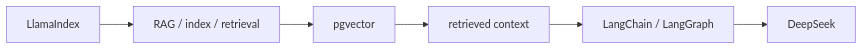
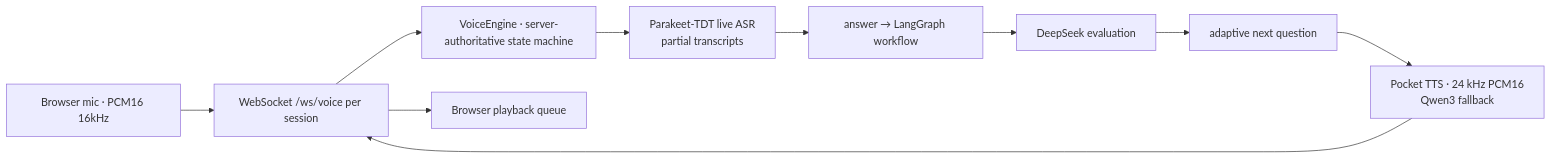
The second of 3 diagrams in README.md (areddy1805/pramya), drawn with Mermaid before and after one commit. The commit also changed other lines of this file and 6 other files, not shown here.

First line of the commit message:
docs: finalize v1.0 documentation, changelog, and architecture polish

````diff
--- a/README.md
+++ b/README.md
@@ -208,8 +339,11 @@
 ```mermaid
 flowchart LR
-    LI[LlamaIndex] --> RAG[RAG / index / retrieval]
-    RAG --> PG[pgvector]
-    PG --> CTX[retrieved context]
-    CTX --> CH[LangChain / LangGraph]
-    CH --> DS[DeepSeek]
+    MIC[Browser mic · PCM16 16kHz] --> WS[WebSocket /ws/voice per session]
+    WS --> ENG[VoiceEngine · server-authoritative state machine]
+    ENG --> ASR[Parakeet-TDT live ASR<br/>partial transcripts]
+    ASR --> Q[answer → LangGraph workflow]
+    Q --> DS[DeepSeek evaluation]
+    DS --> NQ[adaptive next question]
+    NQ --> TTS[Pocket TTS · 24 kHz PCM16<br/>Qwen3 fallback]
+    TTS --> WS --> SPK[Browser playback queue]
 ```
````
